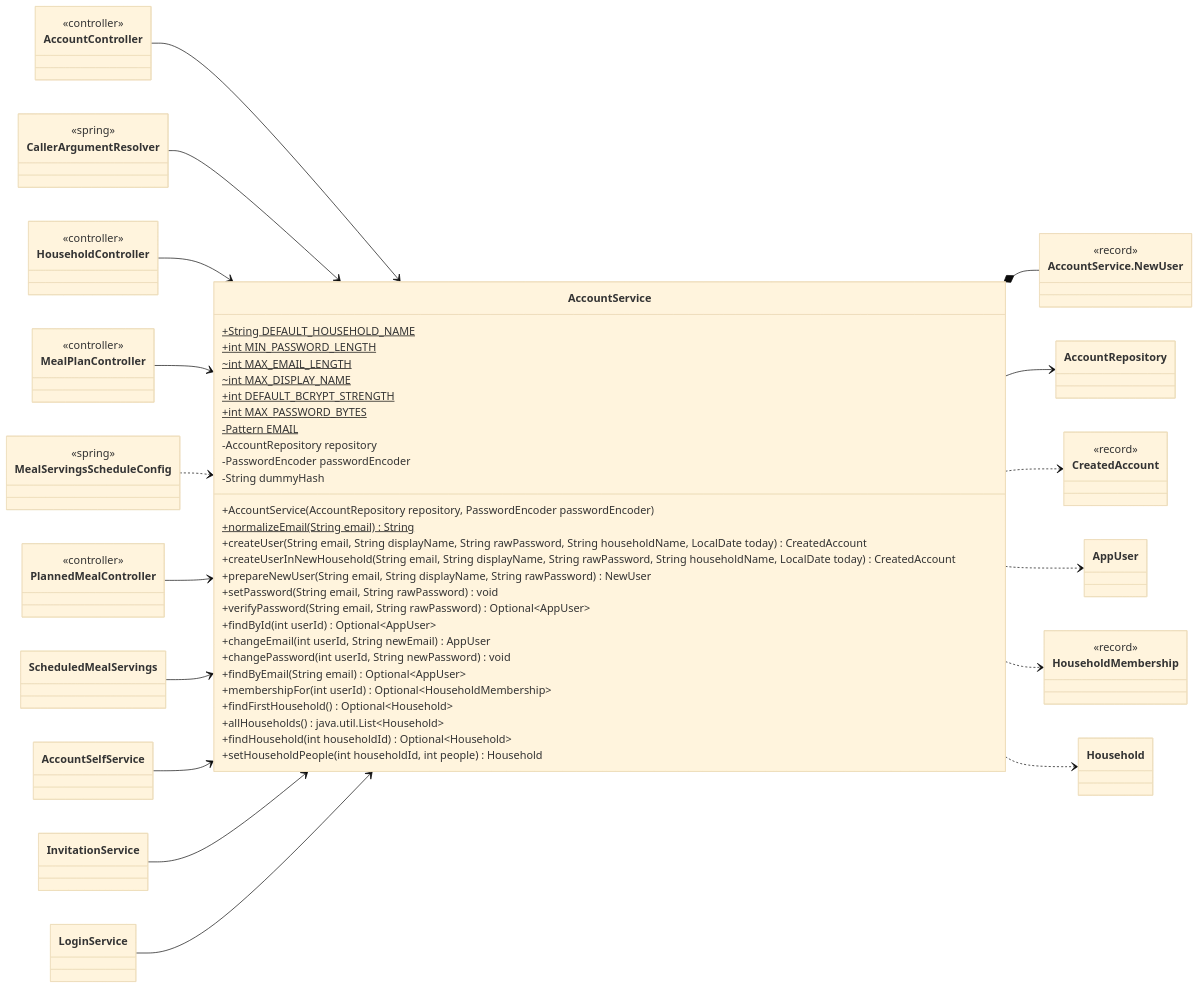
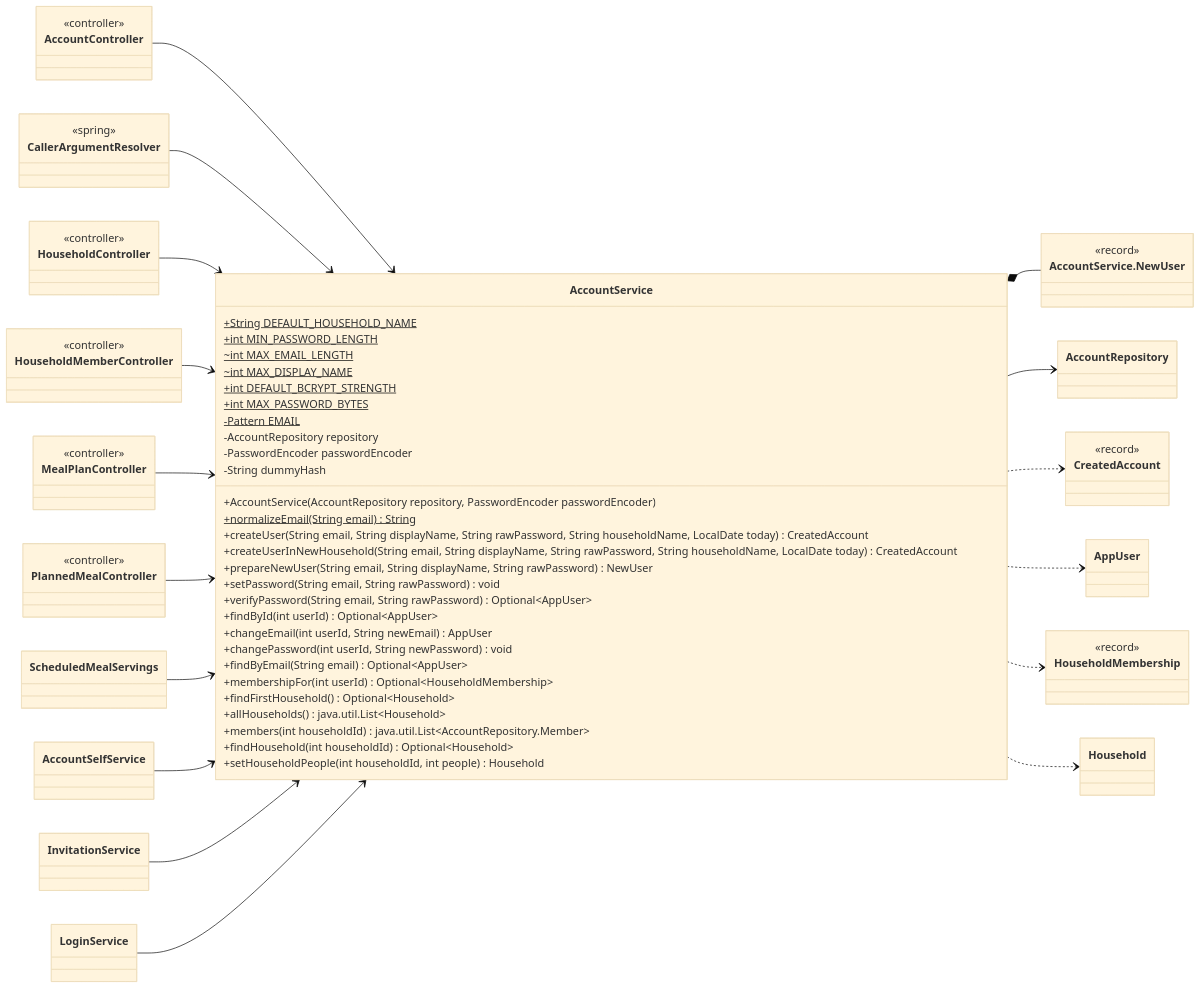
One commit to Nate-ryan-7690/dahaem changed the fifth of 26 diagrams in docs/classes/auth.md. Above: the diagram before and after it, drawn with Mermaid (base theme). The commit also changed other lines of this file and 4 other files, not shown here.

````diff
--- a/docs/classes/auth.md
+++ b/docs/classes/auth.md
@@ -268,6 +315,7 @@
         +membershipFor(int userId) Optional~HouseholdMembership~
         +findFirstHousehold() Optional~Household~
         +allHouseholds() java.util.List~Household~
+        +members(int householdId) java.util.List~AccountRepository.Member~
         +findHousehold(int householdId) Optional~Household~
         +setHouseholdPeople(int householdId, int people) Household
     }
@@ -282,6 +330,9 @@
         <<spring>>
     }
     class api_HouseholdController["HouseholdController"] {
+        <<controller>>
+    }
+    class api_HouseholdMemberController["HouseholdMemberController"] {
         <<controller>>
     }
     class api_MealPlanController["MealPlanController"] {
@@ -302,9 +353,6 @@
         <<record>>
     }
     class auth_Household["Household"]
-    class api_MealServingsScheduleConfig["MealServingsScheduleConfig"] {
-        <<spring>>
-    }
     auth_AccountService *-- auth_AccountService_NewUser
     auth_AccountService --> auth_AccountRepository
     auth_AccountService ..> auth_CreatedAccount
@@ -314,12 +362,12 @@
     api_AccountController --> auth_AccountService
     api_CallerArgumentResolver --> auth_AccountService
     api_HouseholdController --> auth_AccountService
+    api_HouseholdMemberController --> auth_AccountService
     api_MealPlanController --> auth_AccountService
-    api_MealServingsScheduleConfig ..> auth_AccountService
     api_PlannedMealController --> auth_AccountService
     api_ScheduledMealServings --> auth_AccountService
     auth_AccountSelfService --> auth_AccountService
     auth_InvitationService --> auth_AccountService
     auth_LoginService --> auth_AccountService
-    %% 1 more neighbours not drawn
+    %% 2 more neighbours not drawn
 ```
````
